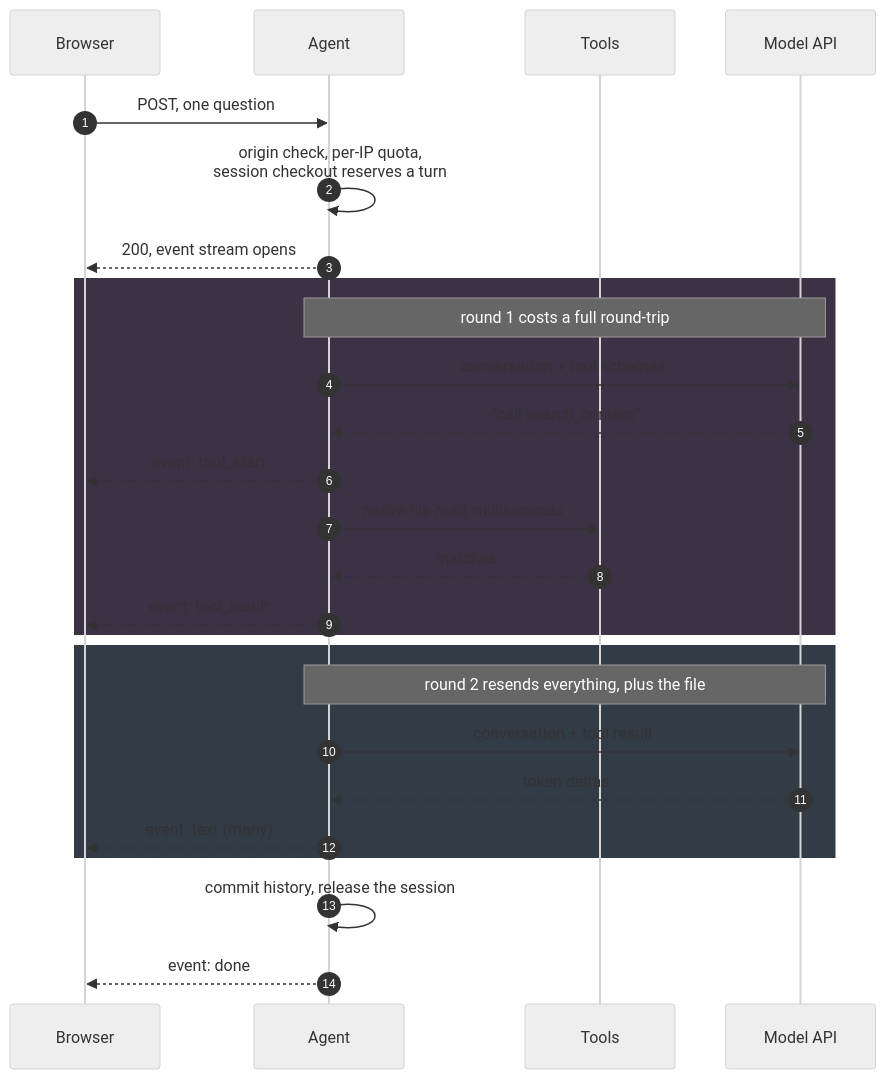
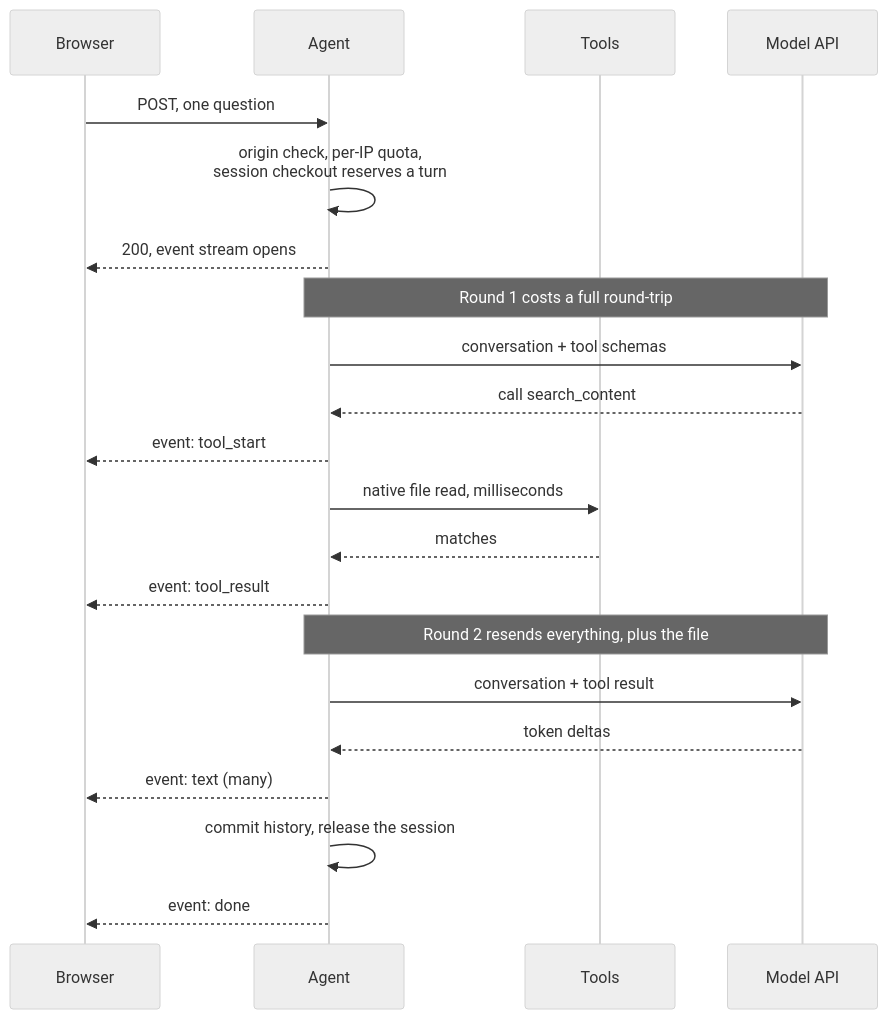
The second of 2 diagrams in 2026/08/06/sandboxing-a-public-llm-agent.md (bet0x/barrahome-2026), drawn with Mermaid (neutral theme) before and after one commit. The commit also changed other lines of this file, not shown here.

First line of the commit message:
post: fix mermaid diagrams, wrap them in cde windows

```diff
--- a/2026/08/06/sandboxing-a-public-llm-agent.md
+++ b/2026/08/06/sandboxing-a-public-llm-agent.md
@@ -182,34 +190,23 @@
 <div class="mermaid">
-
 sequenceDiagram
-    autonumber
     participant B as Browser
     participant S as Agent
     participant T as Tools
     participant M as Model API
-
     B->>S: POST, one question
     S->>S: origin check, per-IP quota,<br/>session checkout reserves a turn
     S-->>B: 200, event stream opens
-
-    rect rgb(60, 50, 70)
-        note over S,M: round 1 costs a full round-trip
-        S->>M: conversation + tool schemas
-        M-->>S: "call search_content"
-        S-->>B: event: tool_start
-        S->>T: native file read, milliseconds
-        T-->>S: matches
-        S-->>B: event: tool_result
-    end
-
-    rect rgb(50, 60, 70)
-        note over S,M: round 2 resends everything, plus the file
-        S->>M: conversation + tool result
-        M-->>S: token deltas
-        S-->>B: event: text (many)
-    end
-
+    Note over S,M: Round 1 costs a full round-trip
+    S->>M: conversation + tool schemas
+    M-->>S: call search_content
+    S-->>B: event: tool_start
+    S->>T: native file read, milliseconds
+    T-->>S: matches
+    S-->>B: event: tool_result
+    Note over S,M: Round 2 resends everything, plus the file
+    S->>M: conversation + tool result
+    M-->>S: token deltas
+    S-->>B: event: text (many)
     S->>S: commit history, release the session
     S-->>B: event: done
-
 </div>
```
